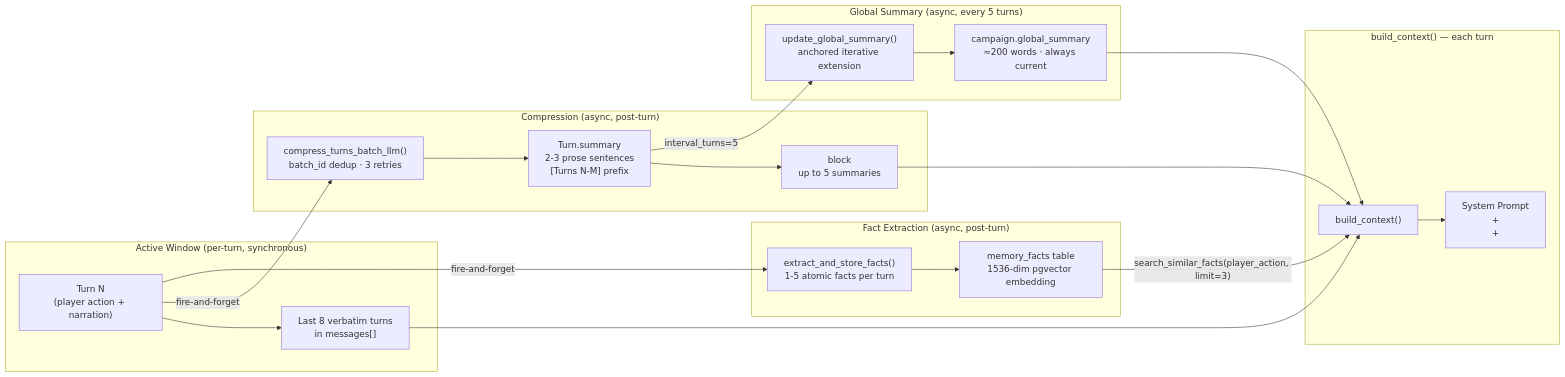
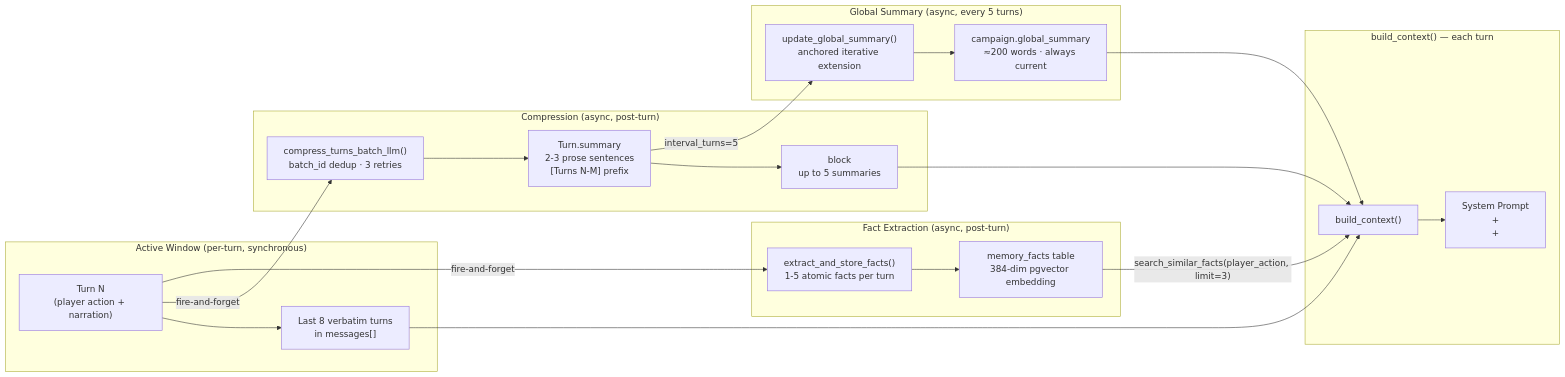
The third of 7 diagrams in docs/AGENTIC_ARCHITECTURE.md (tommasomattarelli/saga), drawn with Mermaid before and after one commit. The commit also changed other lines of this file and 2 other files, not shown here.

Commit message:
docs(docs): sync README and architecture with post-refactor state

````diff
--- a/docs/AGENTIC_ARCHITECTURE.md
+++ b/docs/AGENTIC_ARCHITECTURE.md
@@ -187,32 +188,32 @@
 ```mermaid
 flowchart LR
     T["Turn N\n(player action + narration)"]
 
     subgraph hot["Active Window (per-turn, synchronous)"]
         T --> AW["Last 8 verbatim turns\nin messages[]"]
     end
 
     subgraph compress["Compression (async, post-turn)"]
         T -->|fire-and-forget| COMP["compress_turns_batch_llm()\nbatch_id dedup · 3 retries"]
         COMP --> SUM["Turn.summary\n2-3 prose sentences\n[Turns N-M] prefix"]
         SUM --> HIST["<history> block\nup to 5 summaries"]
     end
 
     subgraph facts["Fact Extraction (async, post-turn)"]
         T -->|fire-and-forget| FE["extract_and_store_facts()\n1-5 atomic facts per turn"]
-        FE --> MF["memory_facts table\n1536-dim pgvector embedding"]
+        FE --> MF["memory_facts table\n384-dim pgvector embedding"]
     end
 
     subgraph global["Global Summary (async, every 5 turns)"]
         SUM -->|interval_turns=5| GS["update_global_summary()\nanchored iterative extension"]
         GS --> GSD["campaign.global_summary\n≈200 words · always current"]
     end
 
     subgraph ctx["build_context() — each turn"]
         AW --> BC
         HIST --> BC
         GSD --> BC
         MF -->|"search_similar_facts(player_action, limit=3)"| BC["build_context()"]
         BC --> SP["System Prompt\n<global_summary> + <history>\n+ <recalled_memories>"]
     end
 ```
````
